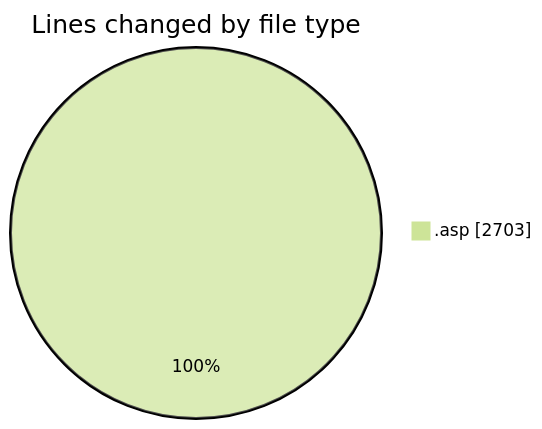
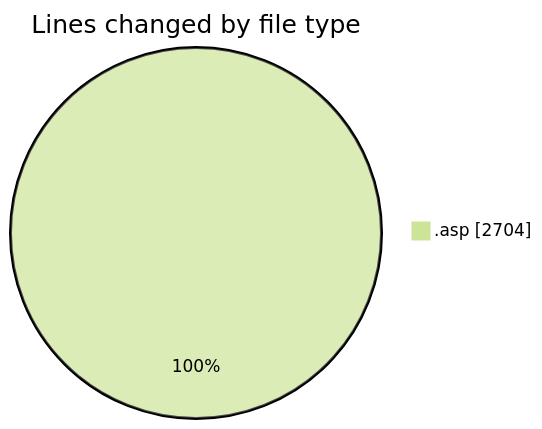
Before and after one commit to julien-gomy/code-tracking: the first of 2 diagrams in 2025-10-31/cdp_aleoudev_fr__workspace_/README.md, drawn with Mermaid (forest theme). The commit also changed other lines of this file and 1 other file, not shown here.

````diff
--- a/2025-10-31/cdp_aleoudev_fr__workspace_/README.md
+++ b/2025-10-31/cdp_aleoudev_fr__workspace_/README.md
@@ -21,5 +21,5 @@
 ```mermaid
 pie showData
 title Lines changed by file type
-".asp" : 2703
+".asp" : 2704
 ```
````
